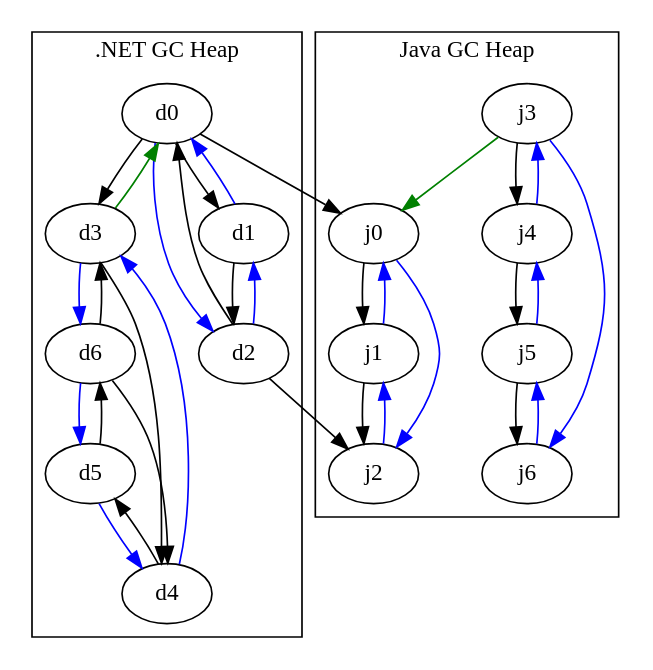
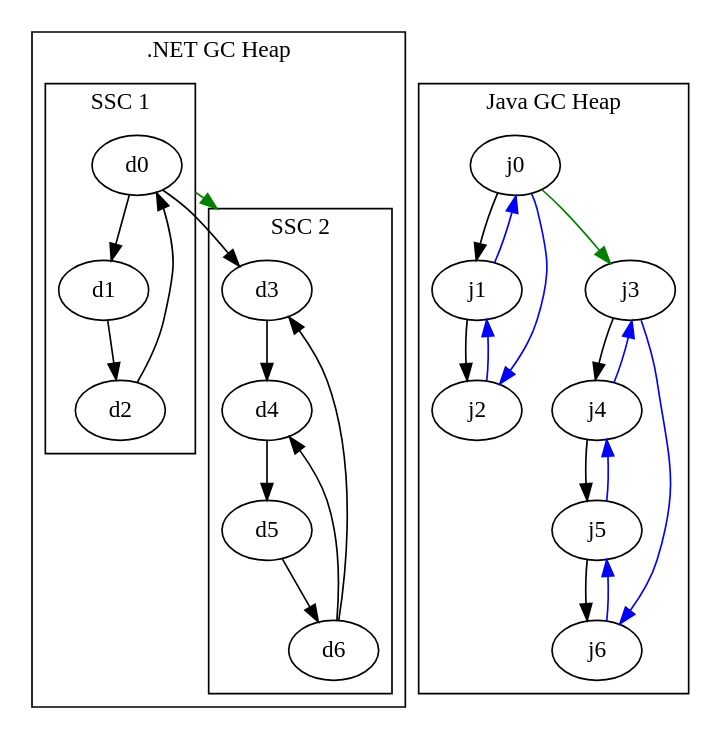
Before and after one commit to AustinWise/austinwise.github.com: the diagram in input/images/gc-handle-2/heap3.gv, drawn with Graphviz. The commit also changed 6 other files, not shown here.

```diff
--- a/input/images/gc-handle-2/heap3.gv
+++ b/input/images/gc-handle-2/heap3.gv
@@ -1,42 +1,47 @@
 digraph G {
+    compound=true;
+
     subgraph cluster_0 {
         d0 -> d1 -> d2 -> d0;
         d3 -> d4 -> d5 -> d6 -> d3;
         d6 -> d4;
         d0 -> d3;
 
-        d2 -> d1 [color=blue];
-        d1 -> d0 [color=blue];
-        d0 -> d2 [color=blue];
+        subgraph cluster_2 {
+            label = "SSC 1";
+            d0;
+            d1;
+            d2;
+        }
 
-        d6 -> d5 [color=blue];
-        d5 -> d4 [color=blue];
-        d4 -> d3 [color=blue];
-        d3 -> d6 [color=blue];
+        subgraph cluster_3 {
+            label = "SSC 2";
+            d3;
+            d4;
+            d5;
+            d6;
+        }
 
-        d3 -> d0 [color=green];
+        d0 -> d3 [ltail=cluster_2, lhead=cluster_3, color=green];
 
         label = ".NET GC Heap";
     }
 
     subgraph cluster_1 {
         j0 -> j1 -> j2;
         j3 -> j4 -> j5 -> j6;
 
         j2 -> j1 [color=blue];
         j1 -> j0 [color=blue];
         j0 -> j2 [color=blue];
 
         j6 -> j5 [color=blue];
         j5 -> j4 [color=blue];
         j4 -> j3 [color=blue];
         j3 -> j6 [color=blue];
 
-        j3 -> j0 [color=green];
+        j0 -> j3 [color=green];
 
         label = "Java GC Heap";
     }
-
-    d0 -> j0;
-    d2 -> j2;
 }
```
